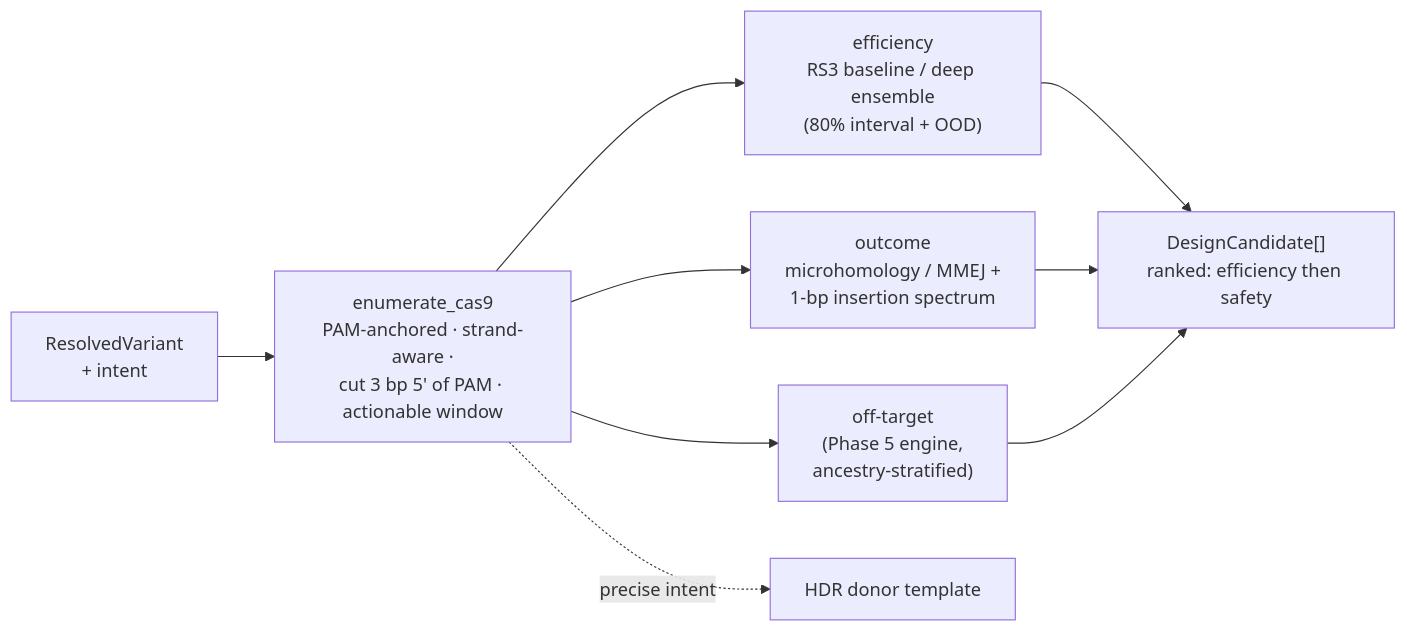
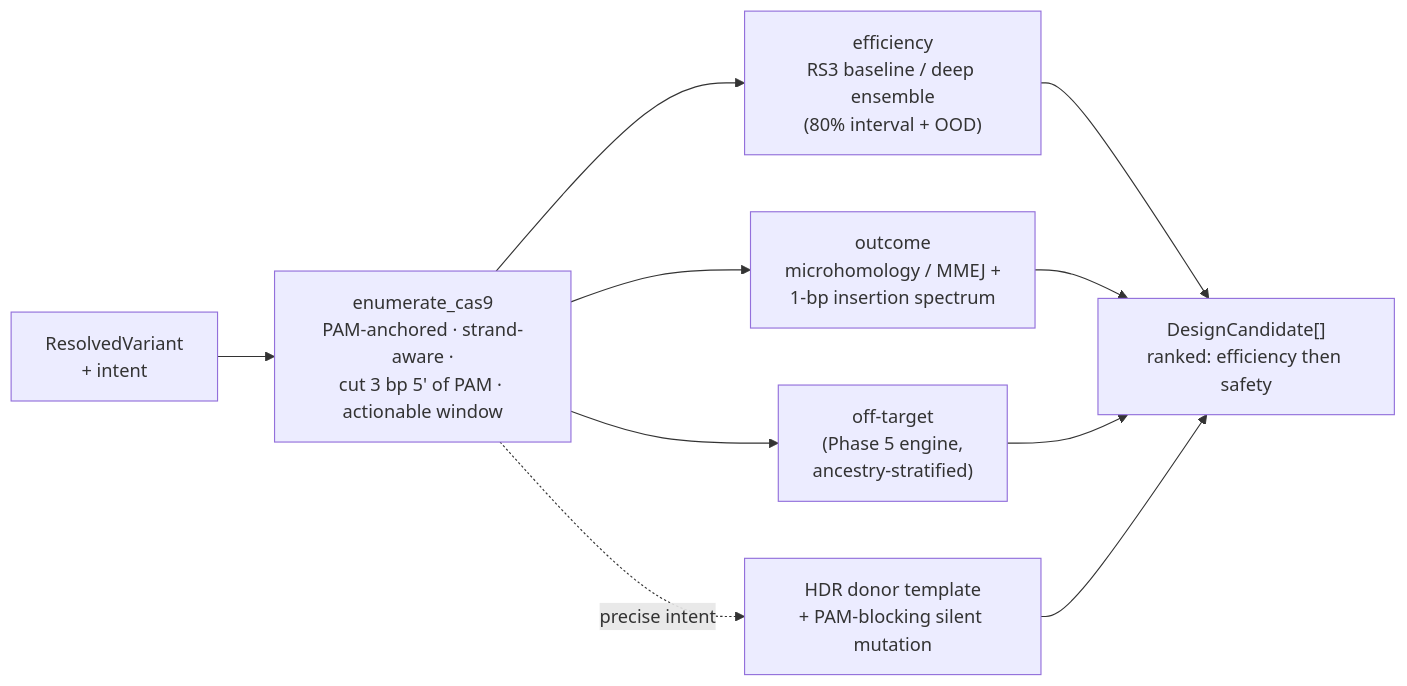
Before and after one commit to clay-good/alleleforge: the sixth of 13 diagrams in README.md, drawn with Mermaid. The commit also changed other lines of this file and 3 other files, not shown here.

First line of the commit message:
test(acceptance): carry a large precise edit to an orderable HDR reagent

````diff
--- a/README.md
+++ b/README.md
@@ -651,9 +651,10 @@
 ```mermaid
 flowchart LR
     V["ResolvedVariant<br/>+ intent"] --> EN["enumerate_cas9<br/>PAM-anchored · strand-aware ·<br/>cut 3 bp 5' of PAM · actionable window"]
     EN --> EF["efficiency<br/>RS3 baseline / deep ensemble<br/>(80% interval + OOD)"]
     EN --> OUT["outcome<br/>microhomology / MMEJ +<br/>1-bp insertion spectrum"]
     EN --> OT["off-target<br/>(Phase 5 engine,<br/>ancestry-stratified)"]
     EF & OUT & OT --> C["DesignCandidate[]<br/>ranked: efficiency then safety"]
-    EN -.precise intent.-> HDR["HDR donor template"]
+    EN -.precise intent.-> HDR["HDR donor template<br/>+ PAM-blocking silent mutation"]
+    HDR --> C
 ```
````
